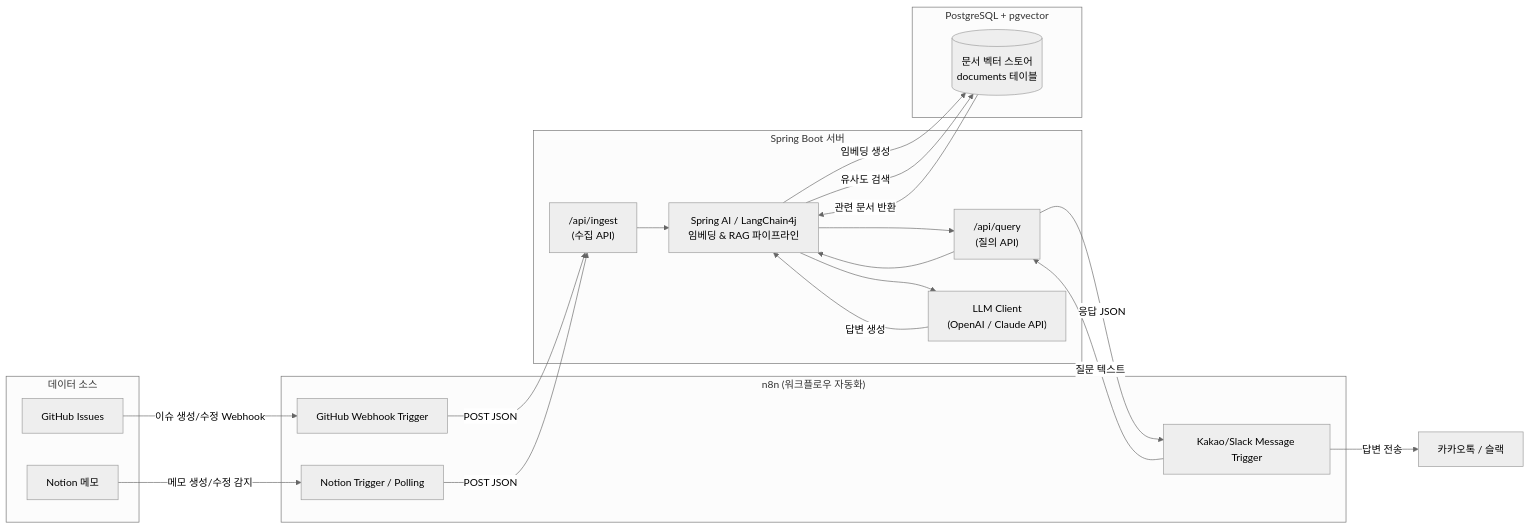
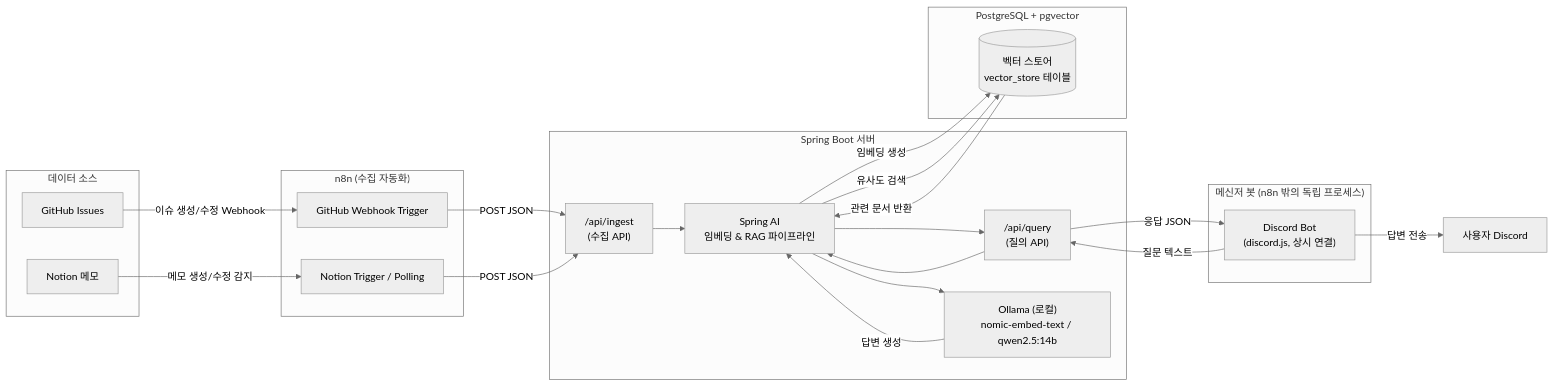
The diagram in 나만의_RAG_이슈요약검색기_계획서.md (suby-kwak/my-issue-rag-search), drawn with Mermaid (neutral theme) before and after one commit. The commit also changed other lines of this file and 1 other file, not shown here.

First line of the commit message:
Update README and plan doc to reflect the Discord pivot

````diff
--- a/나만의_RAG_이슈요약검색기_계획서.md
+++ b/나만의_RAG_이슈요약검색기_계획서.md
@@ -30,41 +32,44 @@
 ```mermaid
 flowchart LR
     subgraph Sources["데이터 소스"]
         GH[GitHub Issues]
         NT[Notion 메모]
     end
 
-    subgraph Automation["n8n (워크플로우 자동화)"]
+    subgraph Automation["n8n (수집 자동화)"]
         W1[GitHub Webhook Trigger]
         W2[Notion Trigger / Polling]
-        W3[Kakao/Slack Message Trigger]
     end
 
     subgraph Backend["Spring Boot 서버"]
         API1["/api/ingest\n(수집 API)"]
         API2["/api/query\n(질의 API)"]
-        SAI[Spring AI / LangChain4j\n임베딩 & RAG 파이프라인]
-        LLM_C["LLM Client\n(OpenAI / Claude API)"]
+        SAI[Spring AI\n임베딩 & RAG 파이프라인]
+        LLM_C["Ollama (로컬)\nnomic-embed-text / qwen2.5:14b"]
     end
 
     subgraph DB["PostgreSQL + pgvector"]
-        VS[(문서 벡터 스토어\ndocuments 테이블)]
+        VS[(벡터 스토어\nvector_store 테이블)]
+    end
+
+    subgraph Messenger["메신저 봇 (n8n 밖의 독립 프로세스)"]
+        DC["Discord Bot\n(discord.js, 상시 연결)"]
     end
 
     GH -->|이슈 생성/수정 Webhook| W1
     NT -->|메모 생성/수정 감지| W2
     W1 -->|POST JSON| API1
     W2 -->|POST JSON| API1
     API1 --> SAI
     SAI -->|임베딩 생성| VS
 
-    W3 -->|질문 텍스트| API2
+    DC -->|질문 텍스트| API2
     API2 --> SAI
     SAI -->|유사도 검색| VS
     VS -->|관련 문서 반환| SAI
     SAI --> LLM_C
     LLM_C -->|답변 생성| SAI
     SAI --> API2
-    API2 -->|응답 JSON| W3
-    W3 -->|답변 전송| KAKAO[카카오톡 / 슬랙]
+    API2 -->|응답 JSON| DC
+    DC -->|답변 전송| USER[사용자 Discord]
 ```
````
